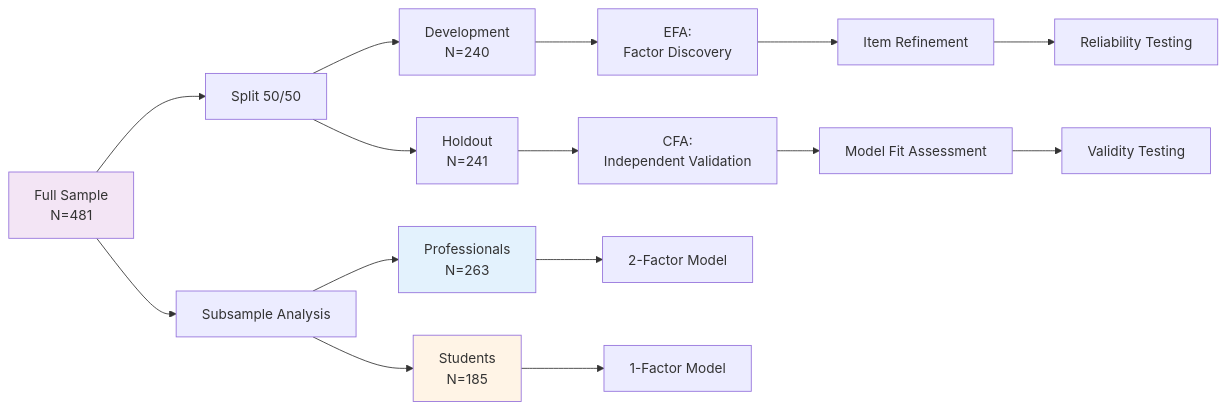
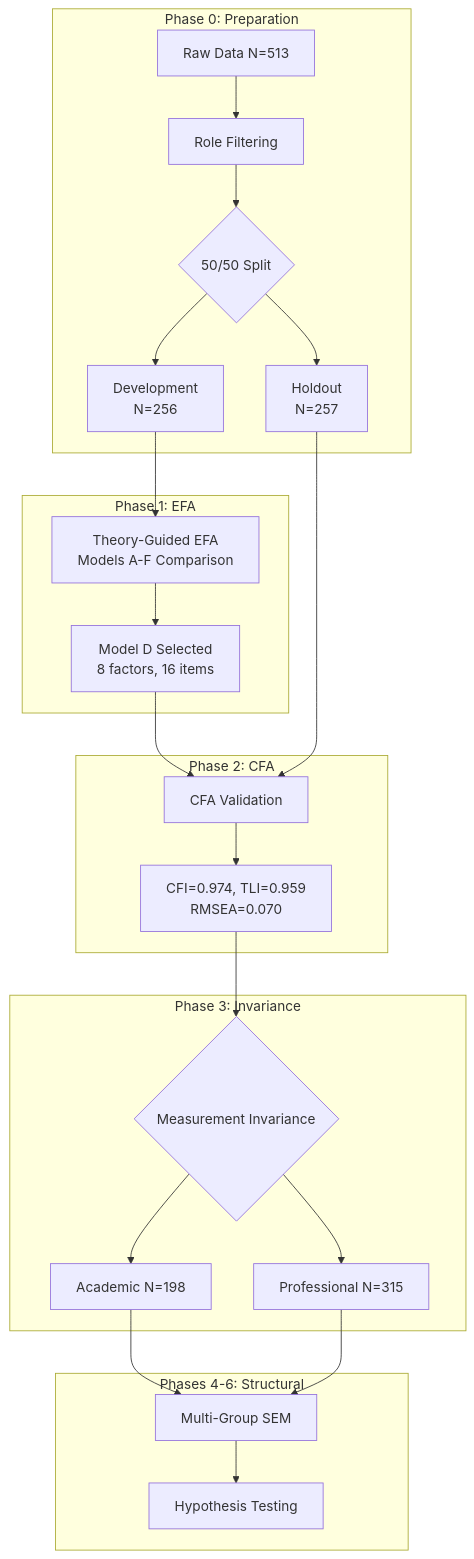
Before and after one commit to fabioc-aloha/AIRS_Data_Analysis: the second of 2 diagrams in README.md, drawn with Mermaid. The commit also changed other lines of this file and 1 other file, not shown here.

````diff
--- a/README.md
+++ b/README.md
@@ -151,22 +163,32 @@
 ```mermaid
-graph LR
-    A[Full Sample<br/>N=481] --> B[Split 50/50]
-    B --> C[Development<br/>N=240]
-    B --> D[Holdout<br/>N=241]
-    C --> E[EFA:<br/>Factor Discovery]
-    E --> F[Item Refinement]
-    F --> G[Reliability Testing]
-    D --> H[CFA:<br/>Independent Validation]
-    H --> I[Model Fit Assessment]
-    I --> J[Validity Testing]
+flowchart TB
+    subgraph Phase0["Phase 0: Preparation"]
+        RAW[Raw Data N=513] --> FILTER[Role Filtering]
+        FILTER --> SPLIT{50/50 Split}
+        SPLIT --> DEV[Development<br/>N=256]
+        SPLIT --> HOLD[Holdout<br/>N=257]
+    end
 
-    A --> K[Subsample Analysis]
-    K --> L[Professionals<br/>N=263]
-    K --> M[Students<br/>N=185]
-    L --> N[2-Factor Model]
-    M --> O[1-Factor Model]
+    subgraph Phase1["Phase 1: EFA"]
+        DEV --> EFA[Theory-Guided EFA<br/>Models A-F Comparison]
+        EFA --> MODELD[Model D Selected<br/>8 factors, 16 items]
+    end
 
-    style A fill:#f3e5f5
-    style L fill:#e3f2fd
-    style M fill:#fff4e6
+    subgraph Phase2["Phase 2: CFA"]
+        MODELD --> CFA[CFA Validation]
+        HOLD --> CFA
+        CFA --> FIT[CFI=0.974, TLI=0.959<br/>RMSEA=0.070]
+    end
+
+    subgraph Phase3["Phase 3: Invariance"]
+        FIT --> INV{Measurement Invariance}
+        INV --> ACAD[Academic N=198]
+        INV --> PROF[Professional N=315]
+    end
+
+    subgraph Phase4_6["Phases 4-6: Structural"]
+        ACAD --> SEM[Multi-Group SEM]
+        PROF --> SEM
+        SEM --> HYP[Hypothesis Testing]
+    end
 ```
````
